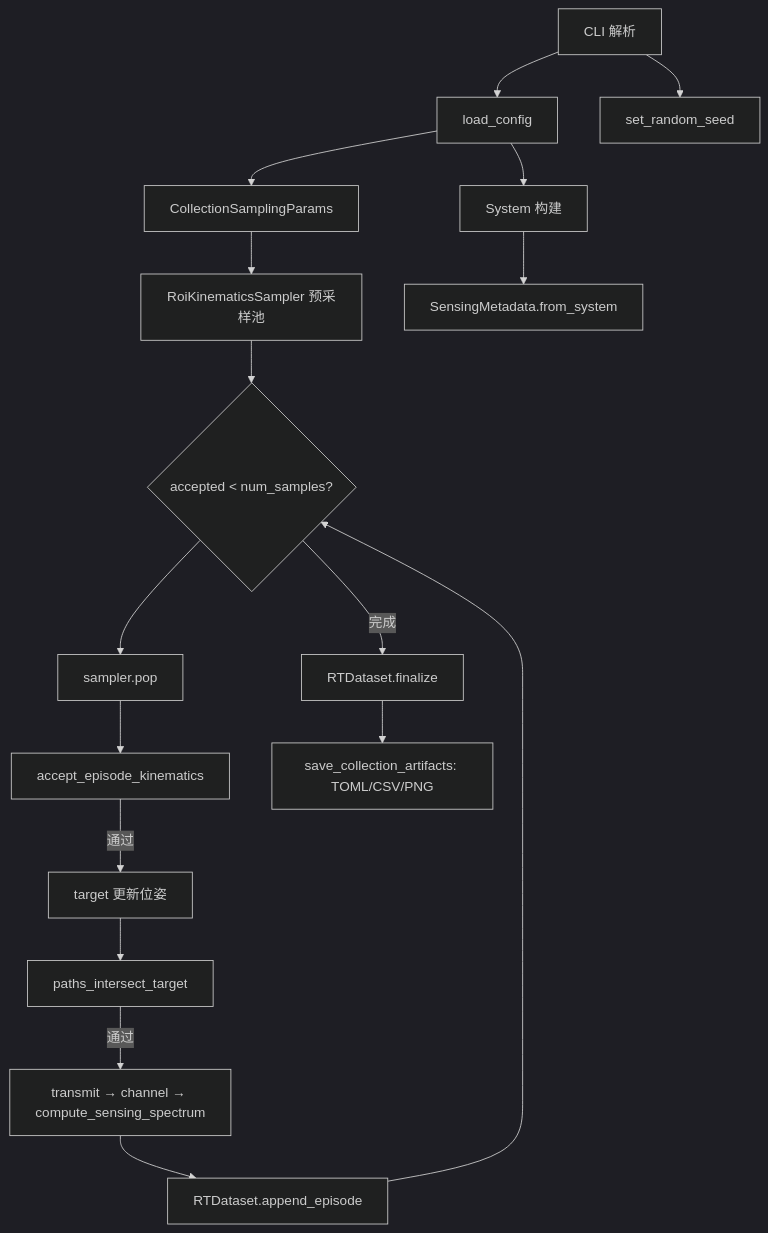
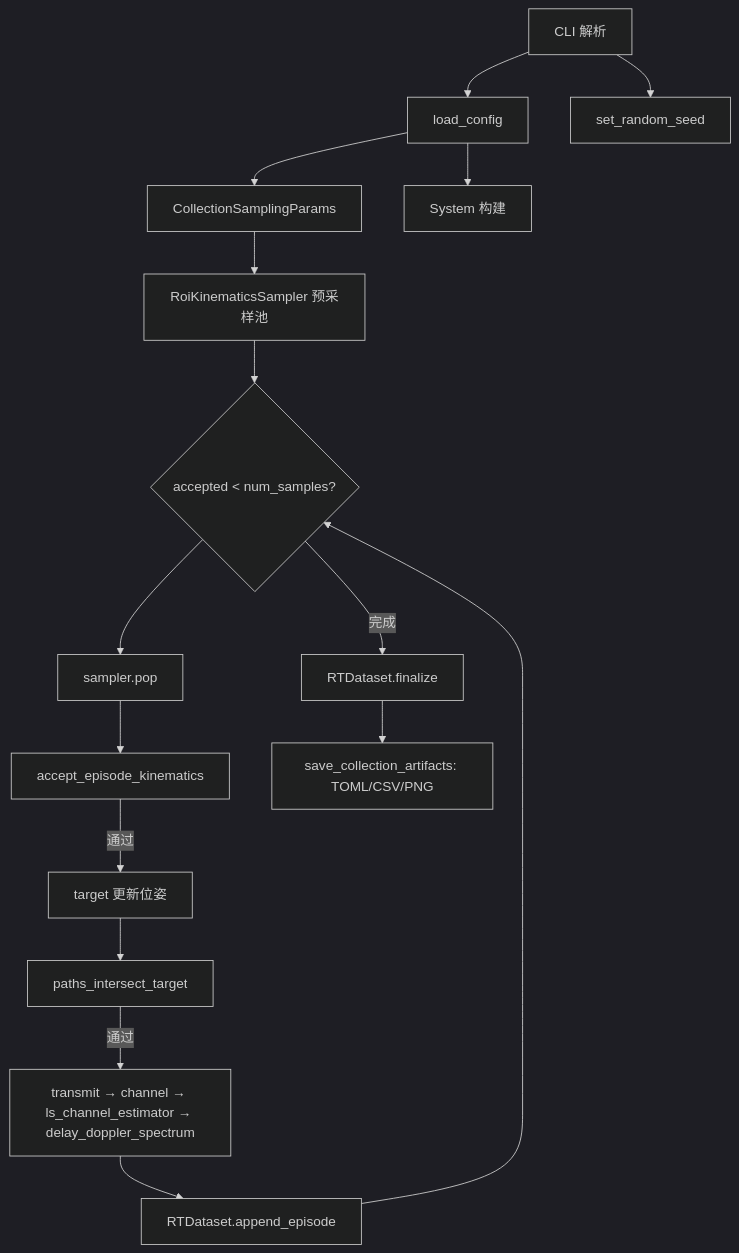
One commit to GitLinhp/isac changed the diagram in docs/run_data_collection.md. Above: the diagram before and after it, drawn with Mermaid (dark theme). The commit also changed other lines of this file and 15 other files, not shown here.

````diff
--- a/docs/run_data_collection.md
+++ b/docs/run_data_collection.md
@@ -100,19 +99,18 @@
 ```mermaid
 flowchart TD
     CLI[CLI 解析] --> Load[load_config]
     Load --> Parse[CollectionSamplingParams]
     Parse --> Pool[RoiKinematicsSampler 预采样池]
     CLI --> Seed[set_random_seed]
     Load --> Sys[System 构建]
-    Sys --> Meta[SensingMetadata.from_system]
     Pool --> Loop{accepted < num_samples?}
     Loop --> Pop[sampler.pop]
     Pop --> F1[accept_episode_kinematics]
     F1 -->|通过| Pose[target 更新位姿]
     Pose --> F2[paths_intersect_target]
-    F2 -->|通过| Sim[transmit → channel → compute_sensing_spectrum]
+    F2 -->|通过| Sim[transmit → channel → ls_channel_estimator → delay_doppler_spectrum]
     Sim --> H5[RTDataset.append_episode]
     H5 --> Loop
     Loop -->|完成| Final[RTDataset.finalize]
     Final --> Art[save_collection_artifacts: TOML/CSV/PNG]
 ```
````
